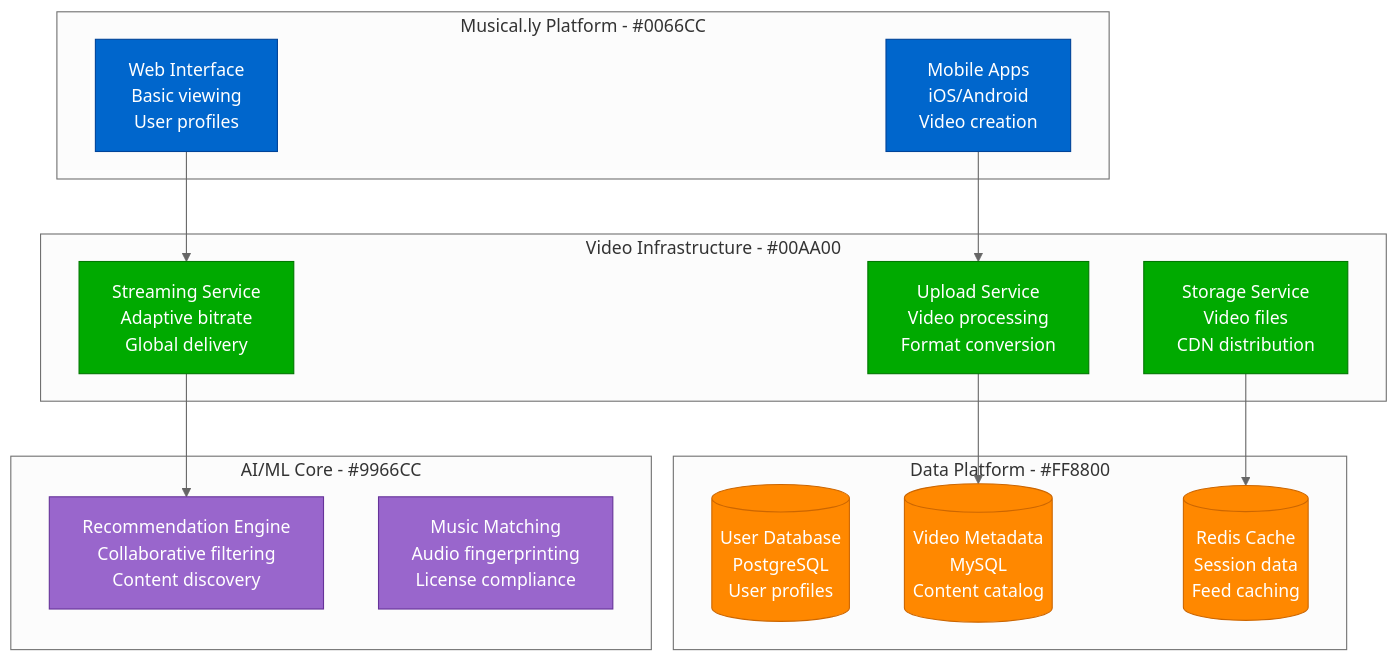
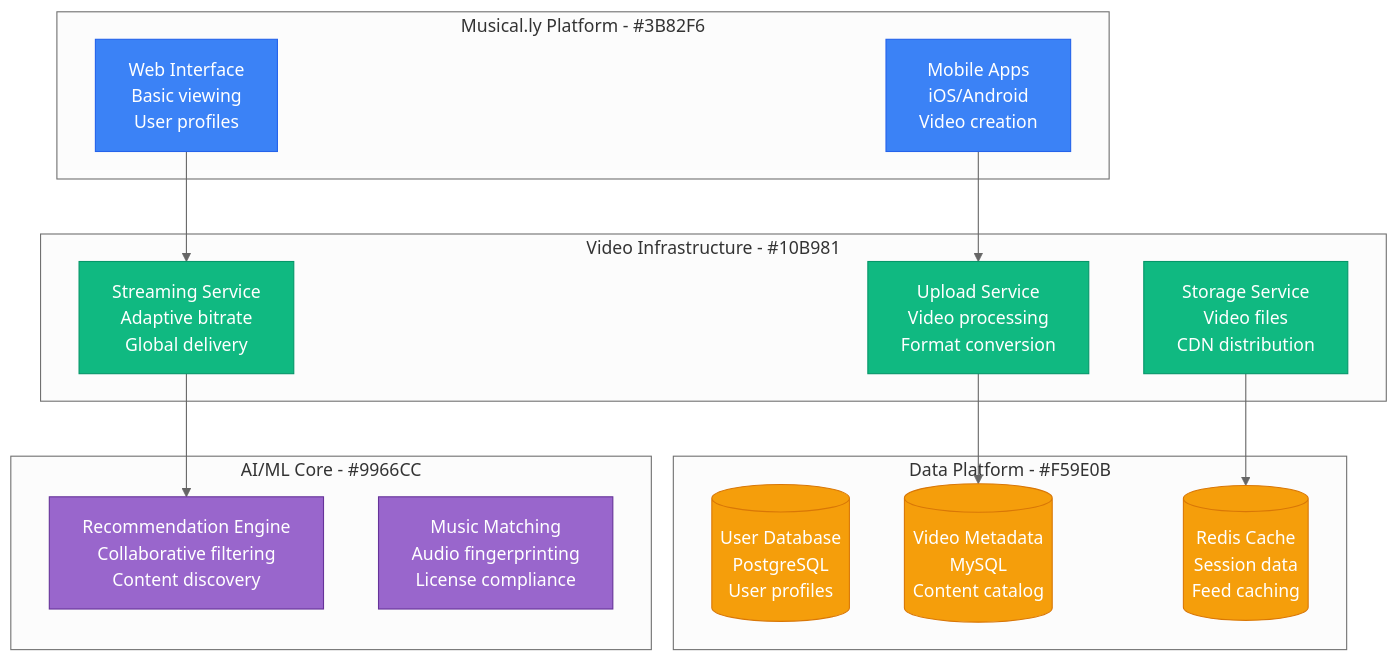
One commit to deepaucksharma/DS changed the first of 3 diagrams in site/docs/scaling/tiktok-scale-evolution.md. Above: the diagram before and after it, drawn with Mermaid (neutral theme). The commit also changed other lines of this file and 187 other files, not shown here.

````diff
--- a/site/docs/scaling/tiktok-scale-evolution.md
+++ b/site/docs/scaling/tiktok-scale-evolution.md
@@ -18,40 +18,40 @@
 ```mermaid
 graph TB
-    subgraph CorePlatform[Musical.ly Platform - #0066CC]
+    subgraph CorePlatform[Musical.ly Platform - #3B82F6]
         MOBILE_APP[Mobile Apps<br/>iOS/Android<br/>Video creation]
         WEB_INTERFACE[Web Interface<br/>Basic viewing<br/>User profiles]
     end
 
-    subgraph VideoInfra[Video Infrastructure - #00AA00]
+    subgraph VideoInfra[Video Infrastructure - #10B981]
         UPLOAD_SVC[Upload Service<br/>Video processing<br/>Format conversion]
         STORAGE_SVC[Storage Service<br/>Video files<br/>CDN distribution]
         STREAMING_SVC[Streaming Service<br/>Adaptive bitrate<br/>Global delivery]
     end
 
-    subgraph DataPlatform[Data Platform - #FF8800]
+    subgraph DataPlatform[Data Platform - #F59E0B]
         USER_DB[(User Database<br/>PostgreSQL<br/>User profiles)]
         VIDEO_DB[(Video Metadata<br/>MySQL<br/>Content catalog)]
         REDIS_CACHE[(Redis Cache<br/>Session data<br/>Feed caching)]
     end
 
     subgraph AICore[AI/ML Core - #9966CC]
         RECOMMENDATION[Recommendation Engine<br/>Collaborative filtering<br/>Content discovery]
         MUSIC_MATCHING[Music Matching<br/>Audio fingerprinting<br/>License compliance]
     end
 
     MOBILE_APP --> UPLOAD_SVC
     WEB_INTERFACE --> STREAMING_SVC
     UPLOAD_SVC --> VIDEO_DB
     STORAGE_SVC --> REDIS_CACHE
     STREAMING_SVC --> RECOMMENDATION
 
-    classDef platformStyle fill:#0066CC,stroke:#004499,color:#fff
-    classDef infraStyle fill:#00AA00,stroke:#007700,color:#fff
-    classDef dataStyle fill:#FF8800,stroke:#CC6600,color:#fff
+    classDef platformStyle fill:#3B82F6,stroke:#2563EB,color:#fff
+    classDef infraStyle fill:#10B981,stroke:#059669,color:#fff
+    classDef dataStyle fill:#F59E0B,stroke:#D97706,color:#fff
     classDef aiStyle fill:#9966CC,stroke:#663399,color:#fff
 
     class MOBILE_APP,WEB_INTERFACE platformStyle
     class UPLOAD_SVC,STORAGE_SVC,STREAMING_SVC infraStyle
     class USER_DB,VIDEO_DB,REDIS_CACHE dataStyle
     class RECOMMENDATION,MUSIC_MATCHING aiStyle
 ```
````
